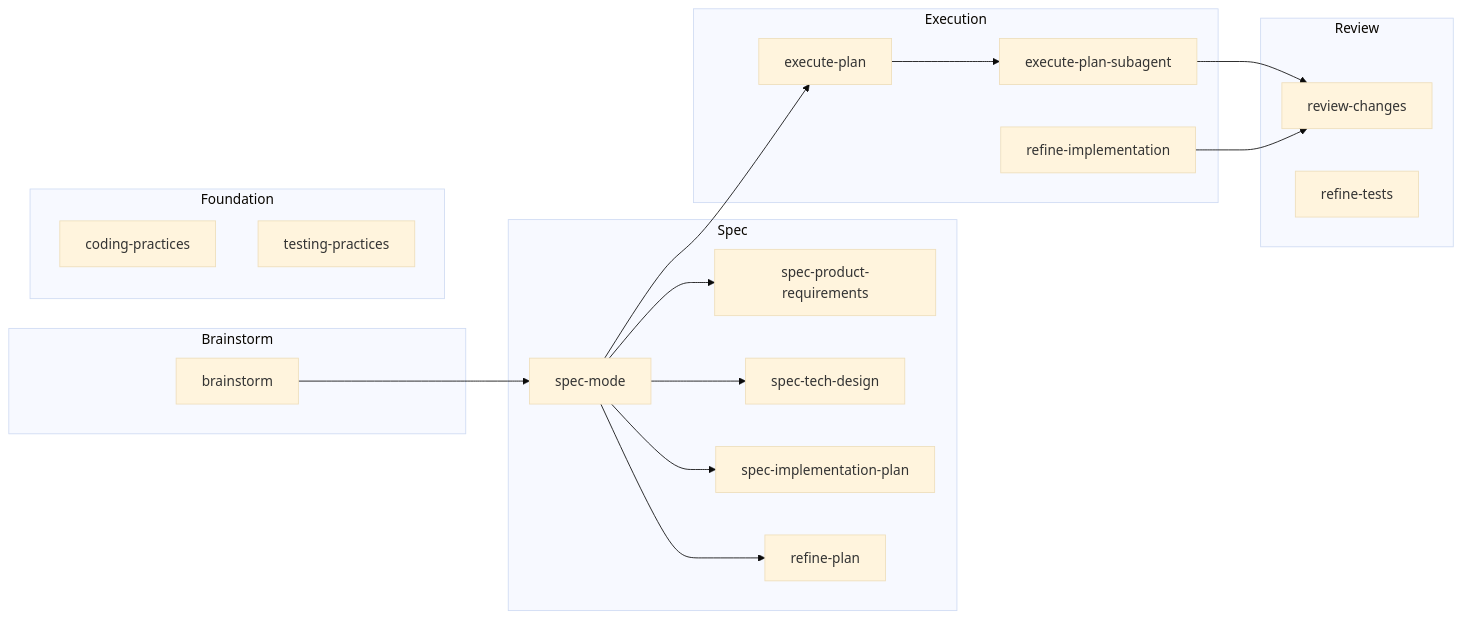
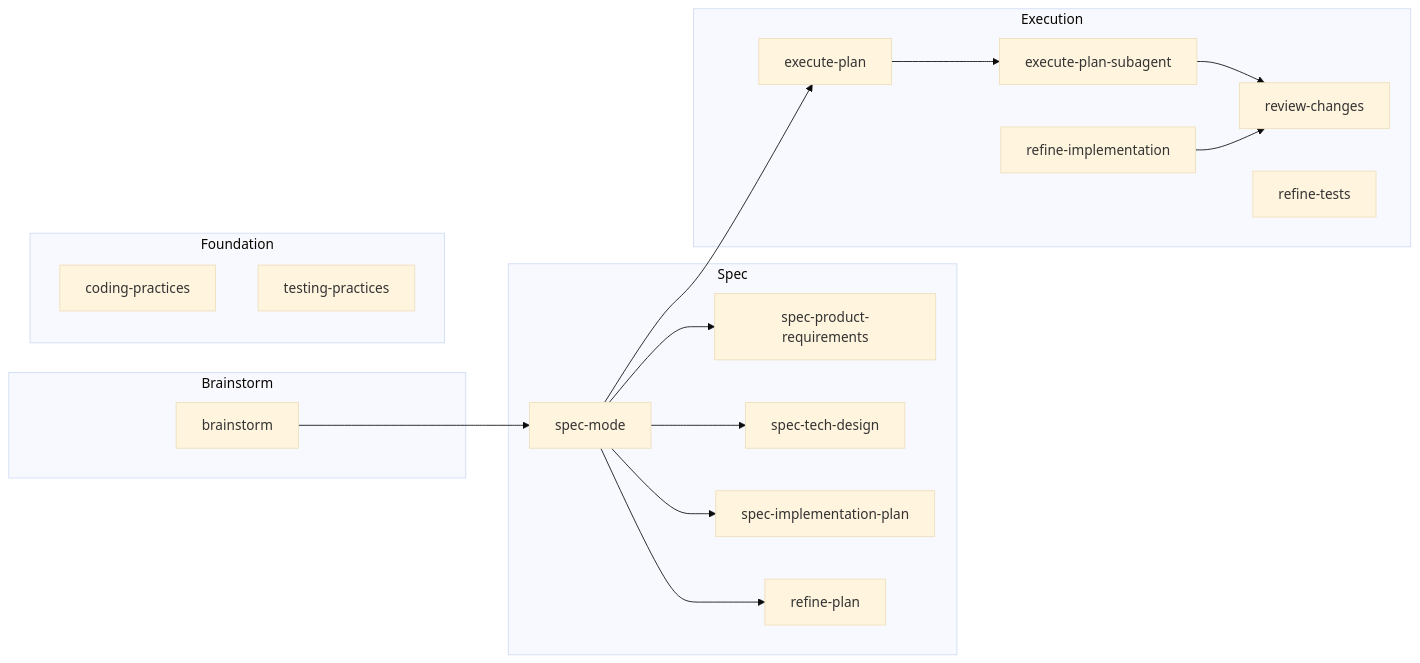
The diagram in docs/skills.md (rstacruz/agentic-toolkit), drawn with Mermaid (base theme) before and after one commit. The commit also changed other lines of this file, not shown here.

````diff
--- a/docs/skills.md
+++ b/docs/skills.md
@@ -5,36 +5,34 @@
 ```mermaid
 graph LR
   brainstorm --> specmode["spec-mode"]
   specmode --> specprod["spec-product-requirements"]
   specmode --> spectech["spec-tech-design"]
   specmode --> specimpl["spec-implementation-plan"]
   specmode --> refineplan["refine-plan"]
   specmode --> execplan["execute-plan"]
   execplan --> execsubagent["execute-plan-subagent"]
   execsubagent --> reviewchanges["review-changes"]
   refineimpl["refine-implementation"] --> reviewchanges
 
   subgraph Brainstorm
     brainstorm
   end
   subgraph Spec
     specmode
     specprod
     spectech
     specimpl
     refineplan
   end
   subgraph Execution
     execplan
     execsubagent
     refineimpl
-  end
-  subgraph Review
     reviewchanges
     refinetests["refine-tests"]
   end
   subgraph Foundation
     codingpractices["coding-practices"]
     testingpractices["testing-practices"]
   end
 ```
````
